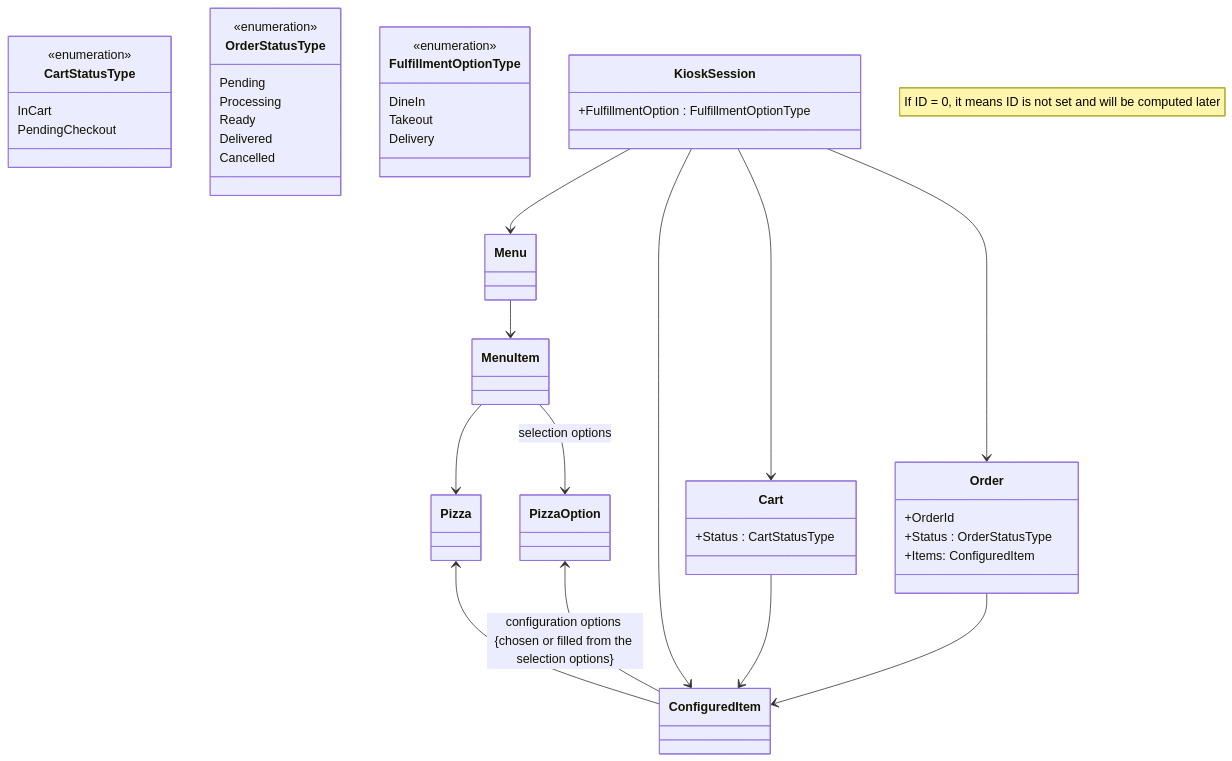
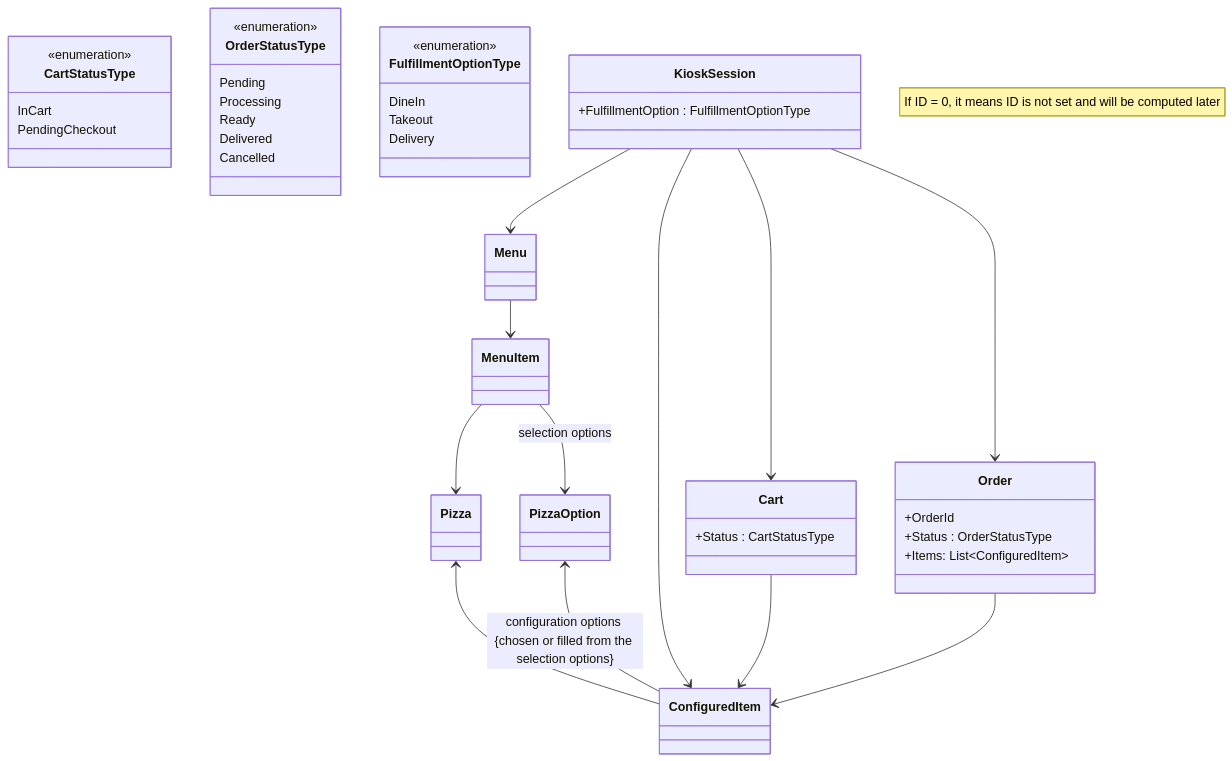
The diagram in README.md (ekral/Utb.PizzaKiosk), drawn with Mermaid before and after one commit.

````diff
--- a/README.md
+++ b/README.md
@@ -160,58 +160,58 @@
 ```mermaid
  classDiagram
    note "If ID = 0, it means ID is not set and will be computed later"
    %% direction LR
    class PizzaOption
    class Pizza
    class MenuItem
    class Menu
    class ConfiguredItem
 
    class CartStatusType{
       <<enumeration>>
       InCart
       PendingCheckout
    }
 
    class Cart{
       +Status : CartStatusType
    }
 
    class OrderStatusType{
       <<enumeration>>
       Pending
       Processing
       Ready
       Delivered
       Cancelled
    }
 
    class Order{
       +OrderId
       +Status : OrderStatusType
-      +Items: ConfiguredItem
+      +Items: List~ConfiguredItem~ 
    }
 
    class FulfillmentOptionType{
       <<enumeration>>
       DineIn
       Takeout
       Delivery
    }
 
    class KioskSession{
       +FulfillmentOption : FulfillmentOptionType
    }
 
    MenuItem --> Pizza
    Pizza <-- ConfiguredItem
    MenuItem --> PizzaOption : selection options
    PizzaOption <-- ConfiguredItem : configuration options {chosen or filled from the selection options}
    Menu --> MenuItem
    KioskSession --> Menu
    KioskSession  --> ConfiguredItem
    KioskSession  --> Cart
    KioskSession  --> Order
    Cart --> ConfiguredItem
    Order --> ConfiguredItem
 ```
````
